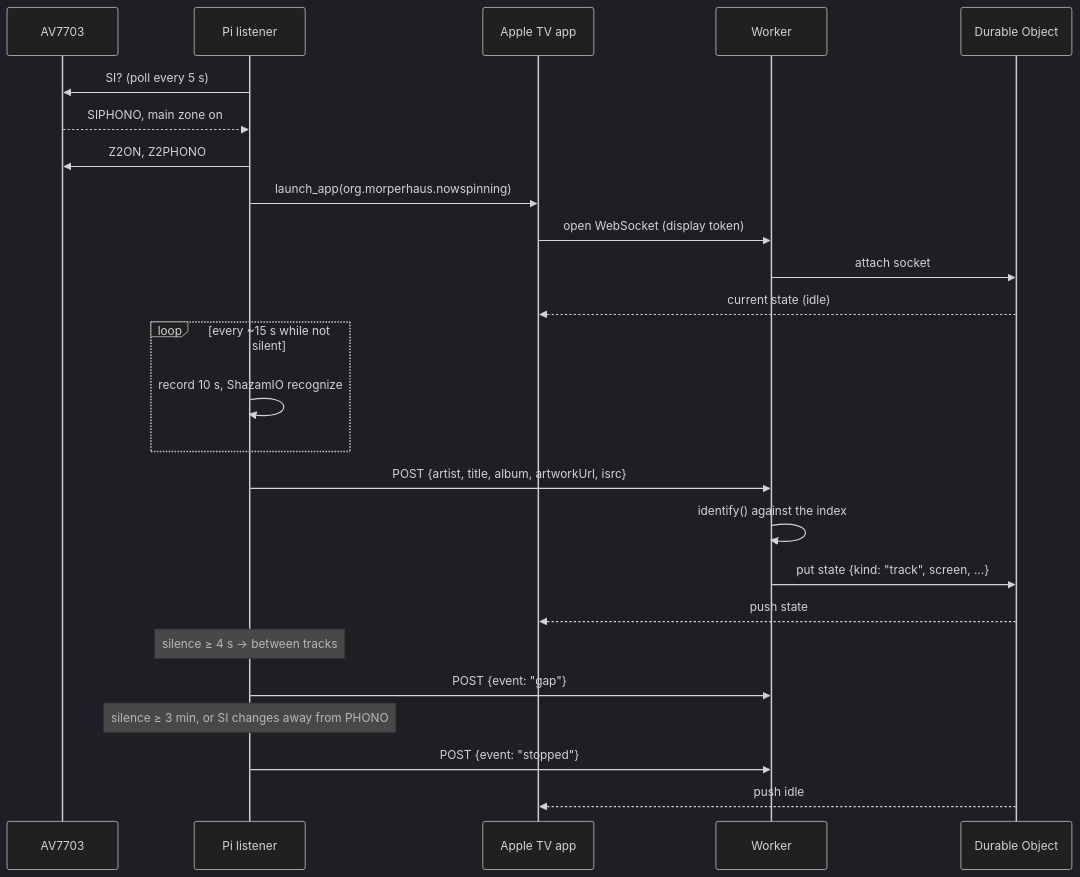
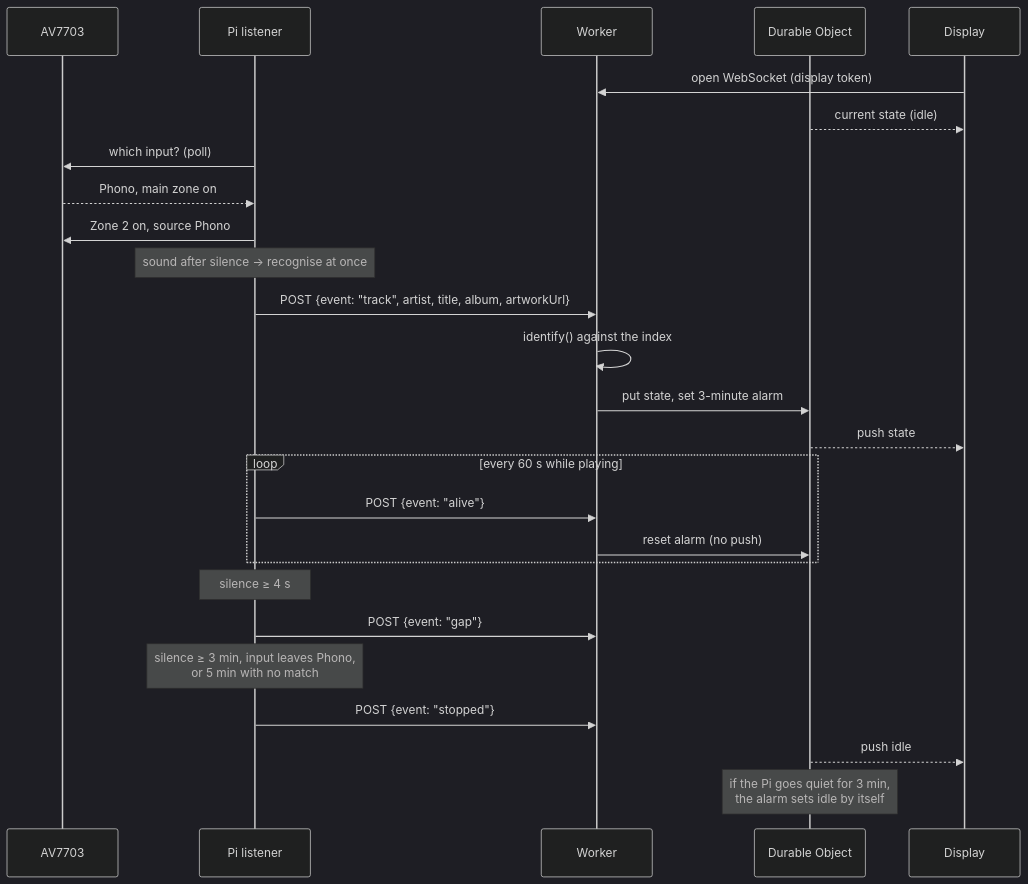
Before and after one commit to mmorper/concerts: the second of 2 diagrams in docs/specs/future/global-now-spinning/global-now-spinning-spec.md, drawn with Mermaid (dark theme). The commit also changed other lines of this file and 6 other files, not shown here.

Commit message:
docs: Now Spinning spec v1.1.0, architecture review corrections (#685)

````diff
--- a/docs/specs/future/global-now-spinning/global-now-spinning-spec.md
+++ b/docs/specs/future/global-now-spinning/global-now-spinning-spec.md
@@ -114,27 +129,28 @@
 ```mermaid
 sequenceDiagram
   participant AVR as AV7703
   participant Pi as Pi listener
-  participant ATV as Apple TV app
   participant W as Worker
   participant DO as Durable Object
-  Pi->>AVR: SI? (poll every 5 s)
-  AVR-->>Pi: SIPHONO, main zone on
-  Pi->>AVR: Z2ON, Z2PHONO
-  Pi->>ATV: launch_app(org.morperhaus.nowspinning)
-  ATV->>W: open WebSocket (display token)
-  W->>DO: attach socket
-  DO-->>ATV: current state (idle)
-  loop every ~15 s while not silent
-    Pi->>Pi: record 10 s, ShazamIO recognize
+  participant TV as Display
+  TV->>W: open WebSocket (display token)
+  DO-->>TV: current state (idle)
+  Pi->>AVR: which input? (poll)
+  AVR-->>Pi: Phono, main zone on
+  Pi->>AVR: Zone 2 on, source Phono
+  Note over Pi: sound after silence → recognise at once
+  Pi->>W: POST {event: "track", artist, title, album, artworkUrl}
+  W->>W: identify() against the index
+  W->>DO: put state, set 3-minute alarm
+  DO-->>TV: push state
+  loop every 60 s while playing
+    Pi->>W: POST {event: "alive"}
+    W->>DO: reset alarm (no push)
   end
-  Pi->>W: POST {artist, title, album, artworkUrl, isrc}
-  W->>W: identify() against the index
-  W->>DO: put state {kind: "track", screen, ...}
-  DO-->>ATV: push state
-  Note over Pi: silence ≥ 4 s → between tracks
+  Note over Pi: silence ≥ 4 s
   Pi->>W: POST {event: "gap"}
-  Note over Pi: silence ≥ 3 min, or SI changes away from PHONO
+  Note over Pi: silence ≥ 3 min, input leaves Phono,<br/>or 5 min with no match
   Pi->>W: POST {event: "stopped"}
-  DO-->>ATV: push idle
+  DO-->>TV: push idle
+  Note over DO: if the Pi goes quiet for 3 min,<br/>the alarm sets idle by itself
 ```
````
